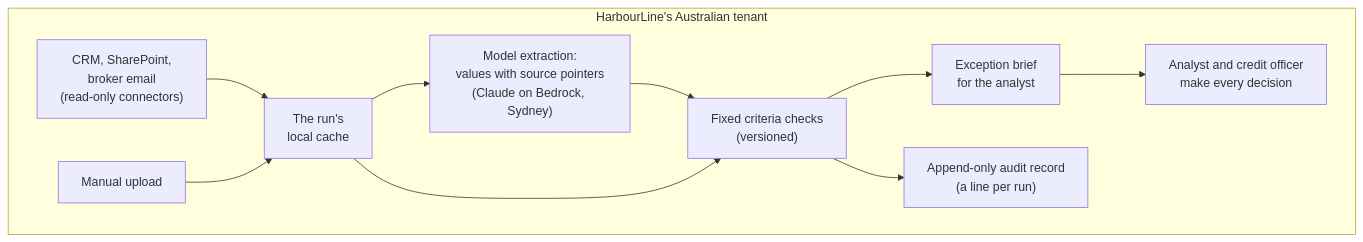
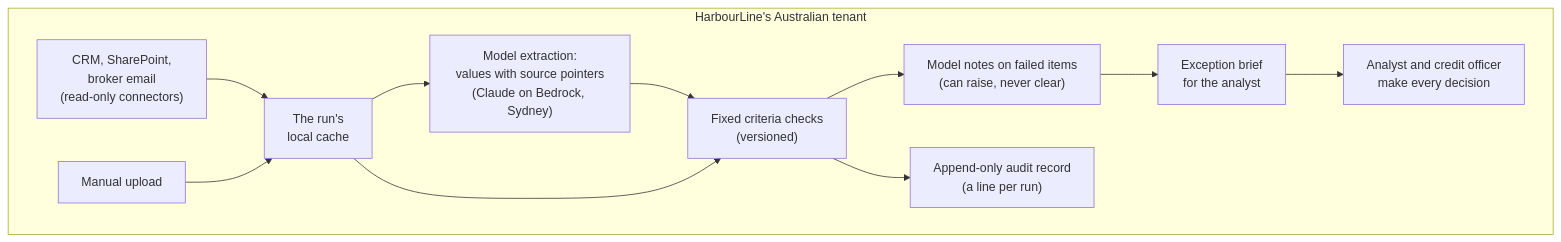
One commit to storytree-ai/mono-assessment changed the diagram in docs/production-note.md. Above: the diagram before and after it, drawn with Mermaid. The commit also changed other lines of this file and 11 other files, not shown here.

````diff
--- a/docs/production-note.md
+++ b/docs/production-note.md
@@ -5,14 +5,14 @@
 ```mermaid
 flowchart LR
   subgraph tenant["HarbourLine's Australian tenant"]
     direction LR
     src["CRM, SharePoint,<br/>broker email<br/>(read-only connectors)"] --> cache["The run's<br/>local cache"]
     up["Manual upload"] --> cache
     cache --> model["Model extraction:<br/>values with source pointers<br/>(Claude on Bedrock, Sydney)"]
     model --> checks["Fixed criteria checks<br/>(versioned)"]
     cache --> checks
-    checks --> brief["Exception brief<br/>for the analyst"]
+    checks --> notes["Model notes on failed items<br/>(can raise, never clear)"] --> brief["Exception brief<br/>for the analyst"]
     checks --> audit["Append-only audit record<br/>(a line per run)"]
     brief --> people["Analyst and credit officer<br/>make every decision"]
   end
 ```
````
